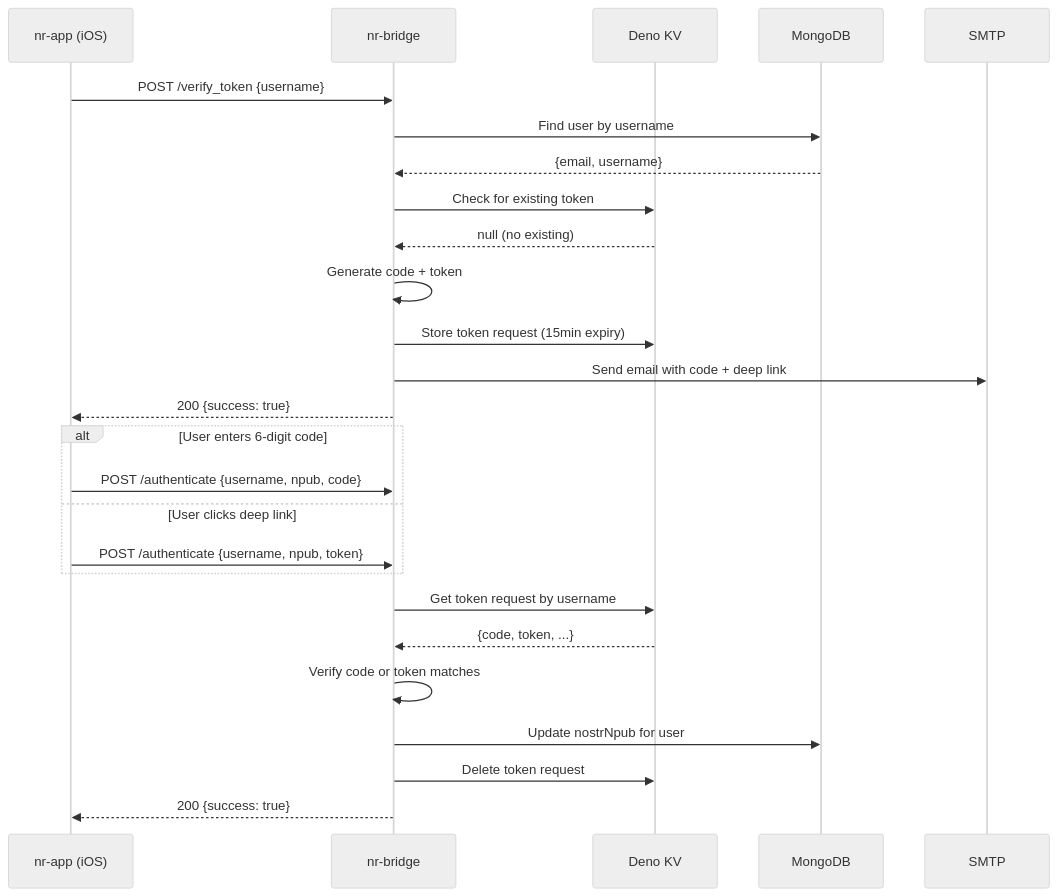
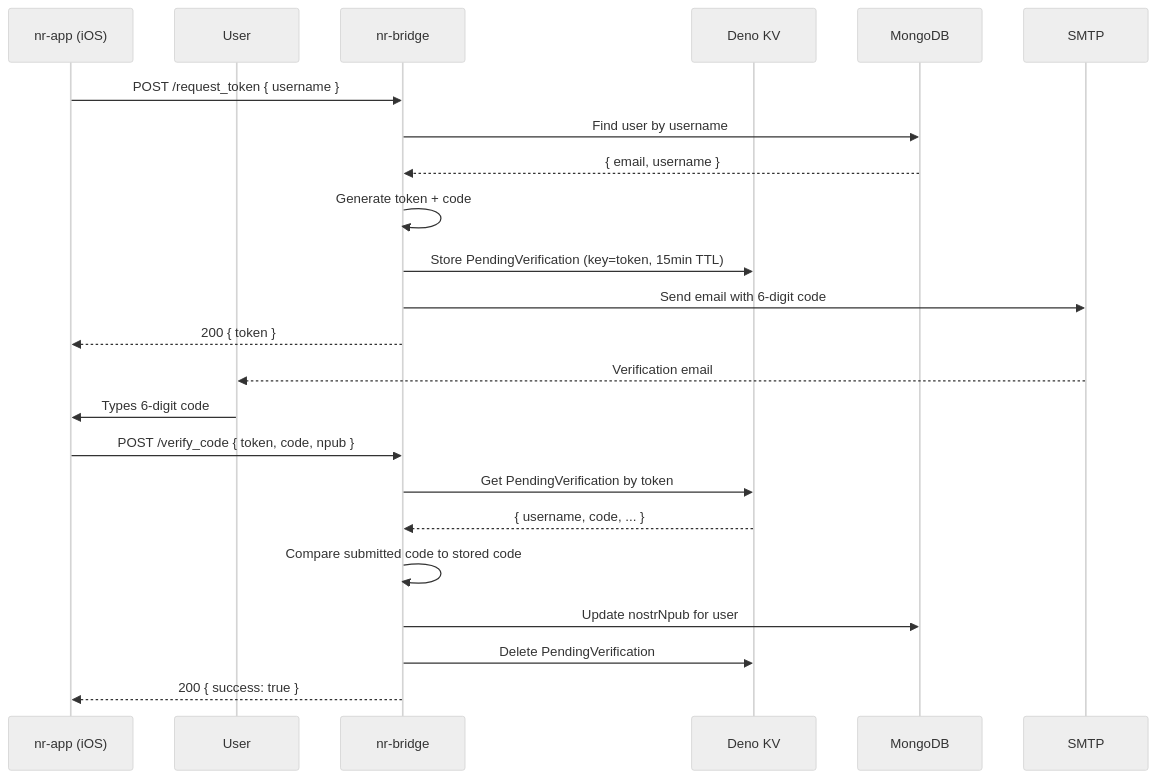
One commit to Trustroots/nostroots changed the second of 3 diagrams in nr-bridge/README.md. Above: the diagram before and after it, drawn with Mermaid (neutral theme). The commit also changed other lines of this file and 24 other files, not shown here.

````diff
--- a/nr-bridge/README.md
+++ b/nr-bridge/README.md
@@ -92,31 +87,26 @@
 ```mermaid
 sequenceDiagram
     participant App as nr-app (iOS)
+    participant User as User
     participant Bridge as nr-bridge
     participant KV as Deno KV
     participant Mongo as MongoDB
     participant Email as SMTP
 
-    App->>Bridge: POST /verify_token {username}
+    App->>Bridge: POST /request_token { username }
     Bridge->>Mongo: Find user by username
-    Mongo-->>Bridge: {email, username}
-    Bridge->>KV: Check for existing token
-    KV-->>Bridge: null (no existing)
-    Bridge->>Bridge: Generate code + token
-    Bridge->>KV: Store token request (15min expiry)
-    Bridge->>Email: Send email with code + deep link
-    Bridge-->>App: 200 {success: true}
-
-    alt User enters 6-digit code
-        App->>Bridge: POST /authenticate {username, npub, code}
-    else User clicks deep link
-        App->>Bridge: POST /authenticate {username, npub, token}
-    end
-
-    Bridge->>KV: Get token request by username
-    KV-->>Bridge: {code, token, ...}
-    Bridge->>Bridge: Verify code or token matches
+    Mongo-->>Bridge: { email, username }
+    Bridge->>Bridge: Generate token + code
+    Bridge->>KV: Store PendingVerification (key=token, 15min TTL)
+    Bridge->>Email: Send email with 6-digit code
+    Bridge-->>App: 200 { token }
+    Email-->>User: Verification email
+    User->>App: Types 6-digit code
+    App->>Bridge: POST /verify_code { token, code, npub }
+    Bridge->>KV: Get PendingVerification by token
+    KV-->>Bridge: { username, code, ... }
+    Bridge->>Bridge: Compare submitted code to stored code
     Bridge->>Mongo: Update nostrNpub for user
-    Bridge->>KV: Delete token request
-    Bridge-->>App: 200 {success: true}
+    Bridge->>KV: Delete PendingVerification
+    Bridge-->>App: 200 { success: true }
 ```
````
